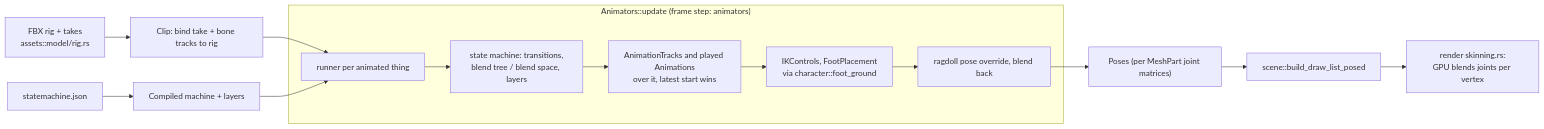
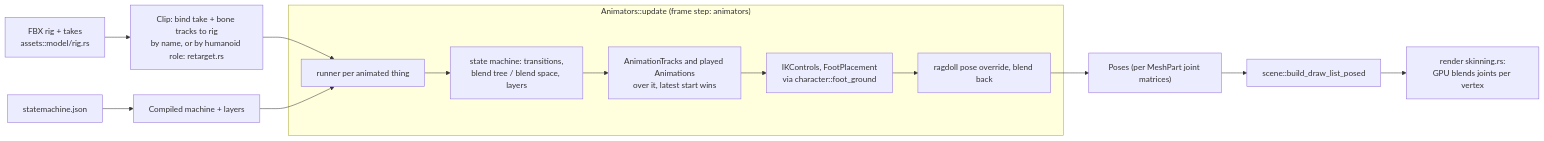
The diagram in wiki/Engine-Systems/Animation.md (MrBearson321/Axcenity-Engine), drawn with Mermaid before and after one commit. The commit also changed other lines of this file and 17 other files, not shown here.

First line of the commit message:
Retarget humanoid takes onto other skeletons (G16)

````diff
--- a/wiki/Engine-Systems/Animation.md
+++ b/wiki/Engine-Systems/Animation.md
@@ -21,14 +21,14 @@
 ```mermaid
 flowchart LR
-  F[FBX rig + takes<br/>assets::model/rig.rs] --> C[Clip: bind take + bone tracks to rig]
+  F[FBX rig + takes<br/>assets::model/rig.rs] --> C[Clip: bind take + bone tracks to rig<br/>by name, or by humanoid role: retarget.rs]
   SM[statemachine.json] --> M[Compiled machine + layers]
   subgraph AN["Animators::update (frame step: animators)"]
     R1[runner per animated thing] --> R2[state machine: transitions,<br/>blend tree / blend space, layers]
     R2 --> R3[AnimationTracks and played Animations<br/>over it, latest start wins]
     R3 --> R4[IKControls, FootPlacement<br/>via character::foot_ground]
     R4 --> R5[ragdoll pose override, blend back]
   end
   C & M --> R1
   R5 --> PO["Poses (per MeshPart joint matrices)"]
   PO --> S[scene::build_draw_list_posed] --> G["render skinning.rs:<br/>GPU blends joints per vertex"]
 ```
````
